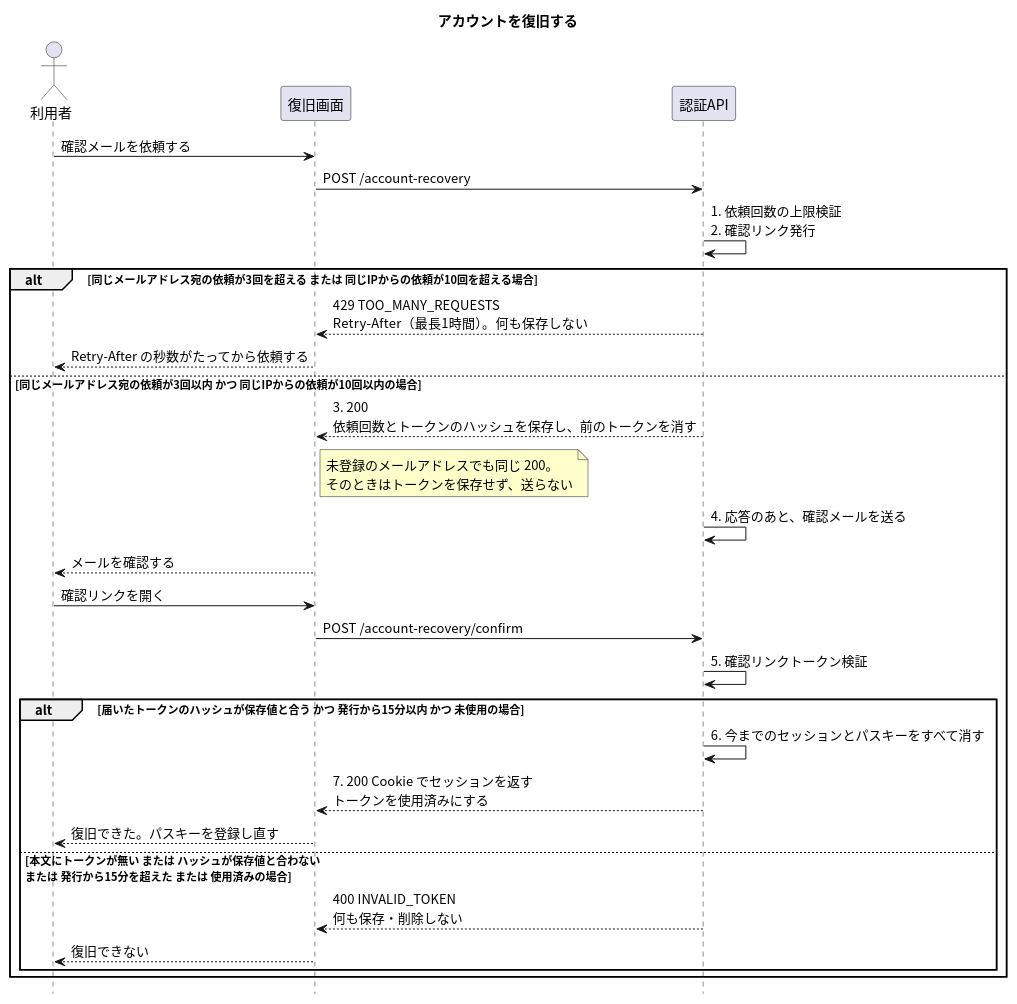
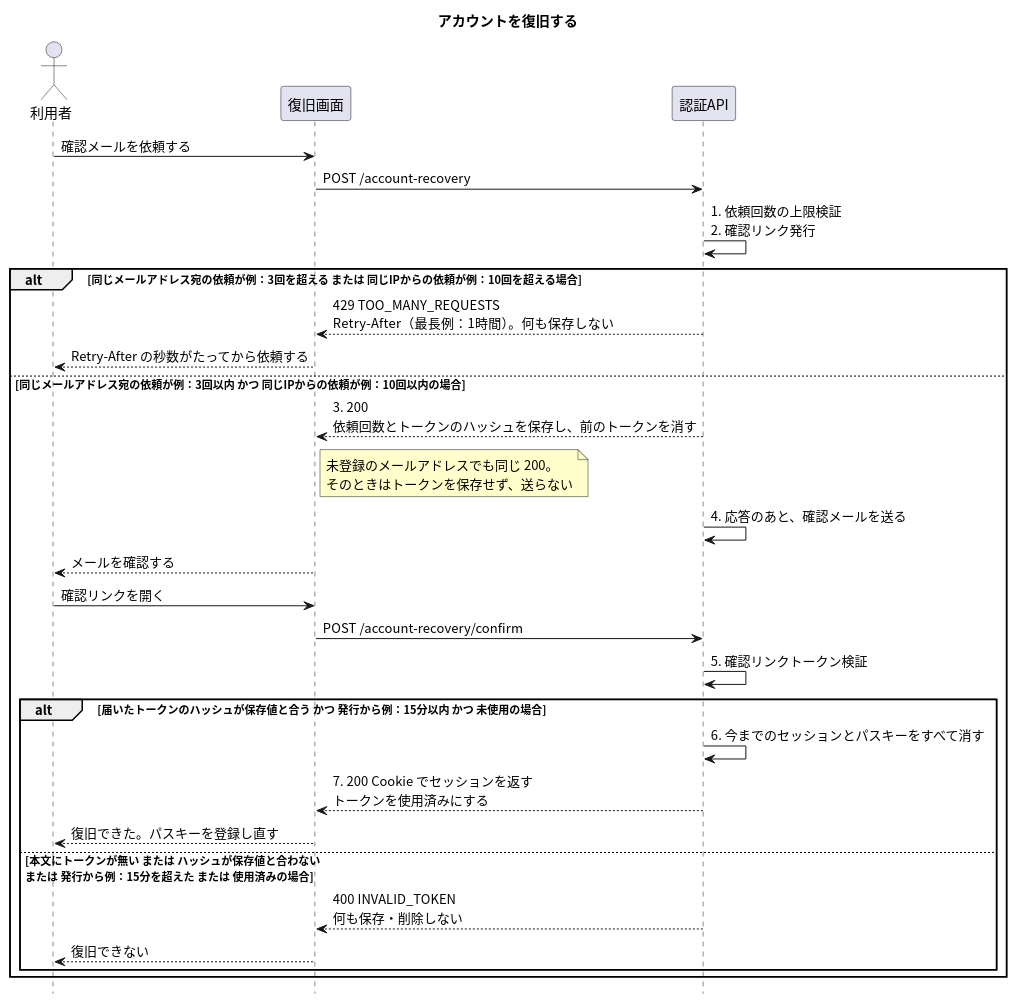
The diagram in apis/recover-account/入口.puml (masamasamasato/design-doc-template), drawn with PlantUML before and after one commit. The commit also changed 7 other files, not shown here.

```diff
--- a/apis/recover-account/入口.puml
+++ b/apis/recover-account/入口.puml
@@ -1,37 +1,37 @@
 @startuml
 skinparam shadowing false
 skinparam defaultFontName "Noto Sans CJK JP"
 skinparam SequenceFontName "Noto Sans CJK JP"
 skinparam NoteBackgroundColor #FFFFCC
 hide footbox
 
 title アカウントを復旧する
 
 actor "利用者" as User
 participant "復旧画面" as Screen
 participant "認証API" as API
 
 User -> Screen : 確認メールを依頼する
 Screen -> API : POST /account-recovery
 API -> API : 1. 依頼回数の上限検証\n2. 確認リンク発行
-alt 同じメールアドレス宛の依頼が3回を超える または 同じIPからの依頼が10回を超える場合
-  API --> Screen : 429 TOO_MANY_REQUESTS\nRetry-After（最長1時間）。何も保存しない
+alt 同じメールアドレス宛の依頼が例：3回を超える または 同じIPからの依頼が例：10回を超える場合
+  API --> Screen : 429 TOO_MANY_REQUESTS\nRetry-After（最長例：1時間）。何も保存しない
   Screen --> User : Retry-After の秒数がたってから依頼する
-else 同じメールアドレス宛の依頼が3回以内 かつ 同じIPからの依頼が10回以内の場合
+else 同じメールアドレス宛の依頼が例：3回以内 かつ 同じIPからの依頼が例：10回以内の場合
   API --> Screen : 3. 200\n依頼回数とトークンのハッシュを保存し、前のトークンを消す
   note right of Screen : 未登録のメールアドレスでも同じ 200。\nそのときはトークンを保存せず、送らない
   API -> API : 4. 応答のあと、確認メールを送る
   Screen --> User : メールを確認する
   User -> Screen : 確認リンクを開く
   Screen -> API : POST /account-recovery/confirm
   API -> API : 5. 確認リンクトークン検証
-  alt 届いたトークンのハッシュが保存値と合う かつ 発行から15分以内 かつ 未使用の場合
+  alt 届いたトークンのハッシュが保存値と合う かつ 発行から例：15分以内 かつ 未使用の場合
     API -> API : 6. 今までのセッションとパスキーをすべて消す
     API --> Screen : 7. 200 Cookie でセッションを返す\nトークンを使用済みにする
     Screen --> User : 復旧できた。パスキーを登録し直す
-  else 本文にトークンが無い または ハッシュが保存値と合わない\nまたは 発行から15分を超えた または 使用済みの場合
+  else 本文にトークンが無い または ハッシュが保存値と合わない\nまたは 発行から例：15分を超えた または 使用済みの場合
     API --> Screen : 400 INVALID_TOKEN\n何も保存・削除しない
     Screen --> User : 復旧できない
   end
 end
 @enduml
```
